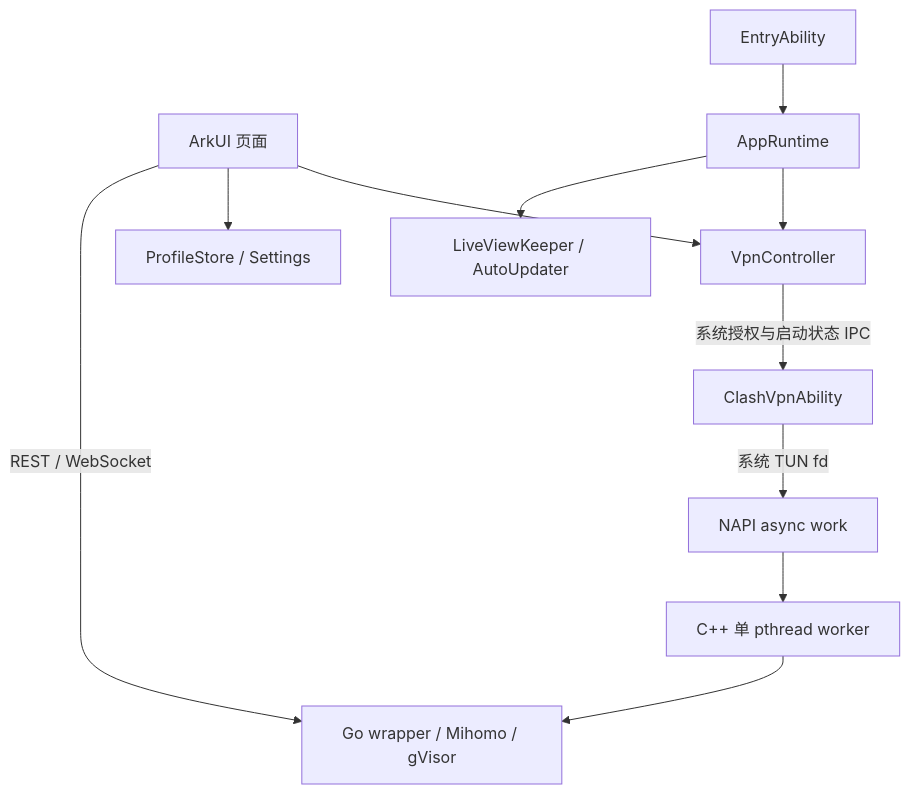
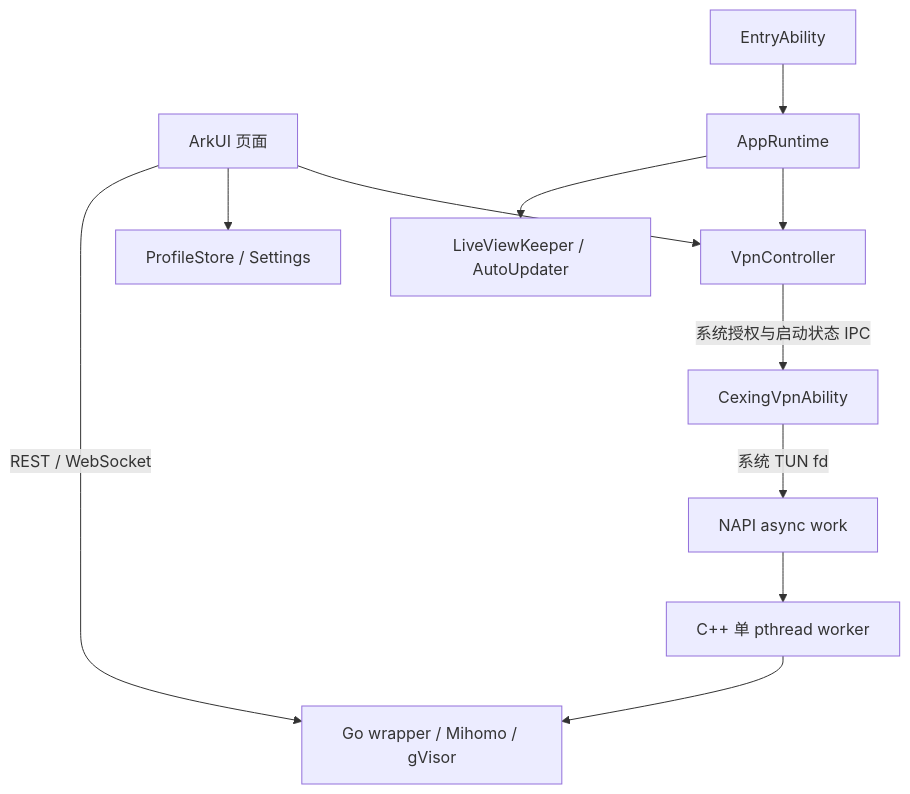
The diagram in docs/architecture.md (Starfie1d1272/Cexing), drawn with Mermaid before and after one commit. The commit also changed other lines of this file and 175 other files, not shown here.

````diff
--- a/docs/architecture.md
+++ b/docs/architecture.md
@@ -5,13 +5,13 @@
 ```mermaid
 flowchart TD
   UI[ArkUI 页面] --> VC[VpnController]
   UI --> Profiles[ProfileStore / Settings]
   Entry[EntryAbility] --> Runtime[AppRuntime]
   Runtime --> VC
   Runtime --> Background[LiveViewKeeper / AutoUpdater]
-  VC -->|系统授权与启动状态 IPC| VPN[ClashVpnAbility]
+  VC -->|系统授权与启动状态 IPC| VPN[CexingVpnAbility]
   VPN -->|系统 TUN fd| NAPI[NAPI async work]
   NAPI --> Worker[C++ 单 pthread worker]
   Worker --> Go[Go wrapper / Mihomo / gVisor]
   UI -->|REST / WebSocket| Go
 ```
````
